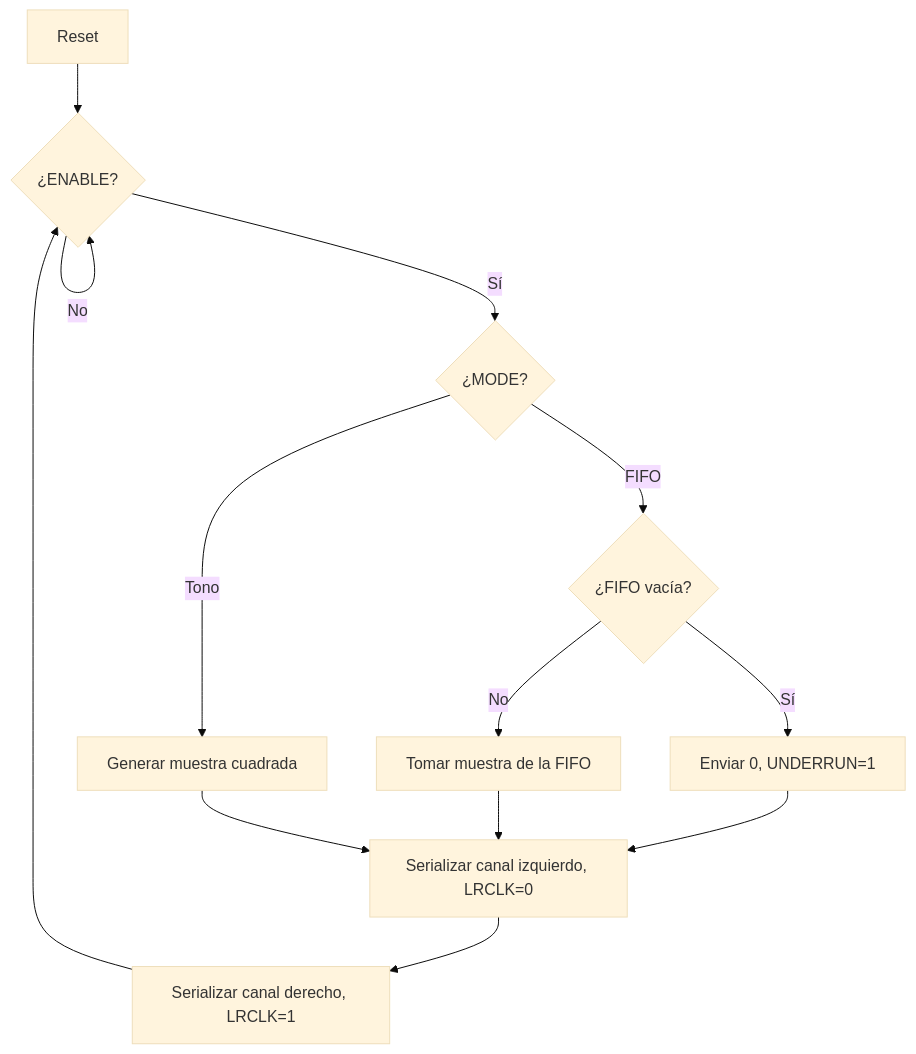
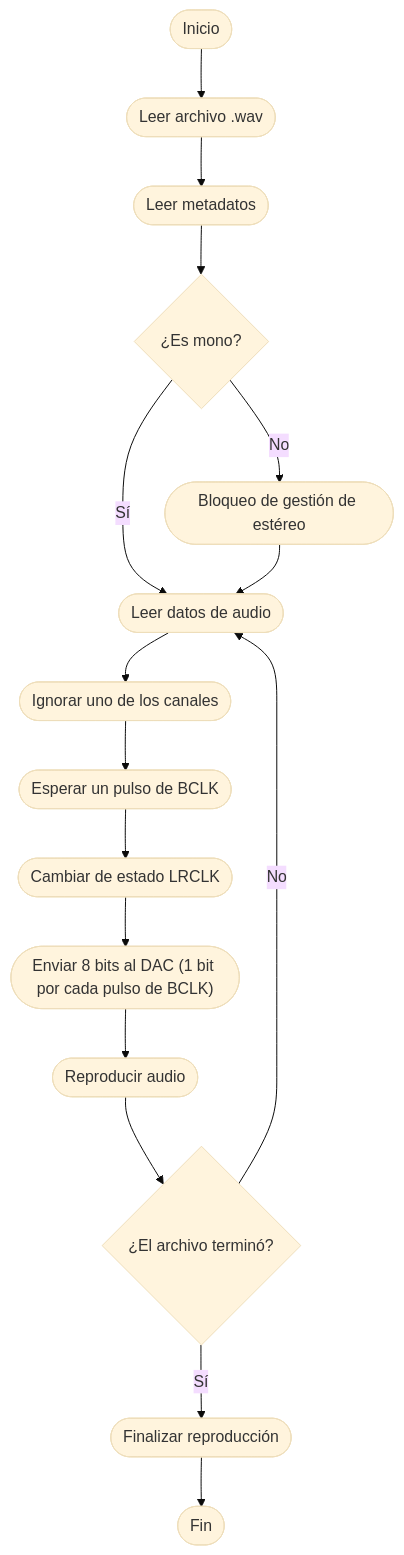
Before and after one commit to wwilchesc/Proyecto-Digital-1-v2: the second of 2 diagrams in cores/i2s/diagramas/README.md, drawn with Mermaid (base theme). The commit also changed other lines of this file and 33 other files, not shown here.

````diff
--- a/cores/i2s/diagramas/README.md
+++ b/cores/i2s/diagramas/README.md
@@ -17,15 +19,15 @@
 ```mermaid
 flowchart TD
-    A[Reset] --> B{¿ENABLE?}
-    B -- No --> B
-    B -- Sí --> C{¿MODE?}
-    C -- FIFO --> D{¿FIFO vacía?}
-    D -- Sí --> E[Enviar 0, UNDERRUN=1]
-    D -- No --> F[Tomar muestra de la FIFO]
-    C -- Tono --> G[Generar muestra cuadrada]
-    E --> H[Serializar canal izquierdo, LRCLK=0]
-    F --> H
-    G --> H
-    H --> I[Serializar canal derecho, LRCLK=1]
-    I --> B
+    A([Inicio]) --> B([Leer archivo .wav]) --> C([Leer metadatos])
+    C --> D{¿Es mono?}
+    D -- Sí --> F([Leer datos de audio])
+    D -- No --> E([Bloqueo de gestión de estéreo]) --> F
+    F --> G([Ignorar uno de los canales])
+    G --> H([Esperar un pulso de BCLK])
+    H --> I([Cambiar de estado LRCLK])
+    I --> J(["Enviar 8 bits al DAC (1 bit por cada pulso de BCLK)"])
+    J --> K([Reproducir audio])
+    K --> L{¿El archivo terminó?}
+    L -- No --> F
+    L -- Sí --> M([Finalizar reproducción]) --> N([Fin])
 ```
````
